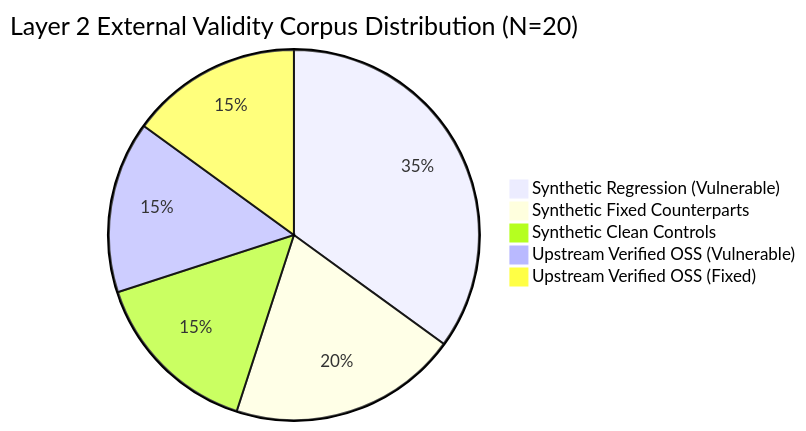
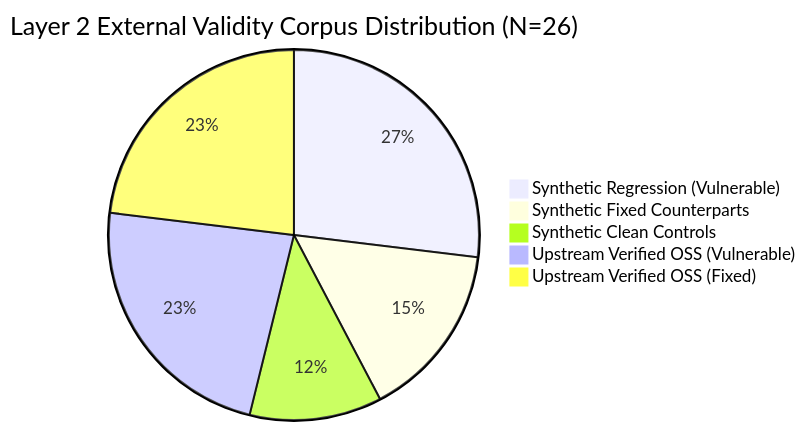
The second of 3 diagrams in reports/multi-tier-effort-empirical-benchmark-2026-11.md (arcobaleno64/three-lens), drawn with Mermaid before and after one commit. The commit also changed other lines of this file and 7 other files, not shown here.

````diff
--- a/reports/multi-tier-effort-empirical-benchmark-2026-11.md
+++ b/reports/multi-tier-effort-empirical-benchmark-2026-11.md
@@ -104,8 +105,8 @@
 ```mermaid
-pie title Layer 2 External Validity Corpus Distribution (N=20)
+pie title Layer 2 External Validity Corpus Distribution (N=26)
     "Synthetic Regression (Vulnerable)" : 7
     "Synthetic Fixed Counterparts" : 4
     "Synthetic Clean Controls" : 3
-    "Upstream Verified OSS (Vulnerable)" : 3
-    "Upstream Verified OSS (Fixed)" : 3
+    "Upstream Verified OSS (Vulnerable)" : 6
+    "Upstream Verified OSS (Fixed)" : 6
 ```
````
